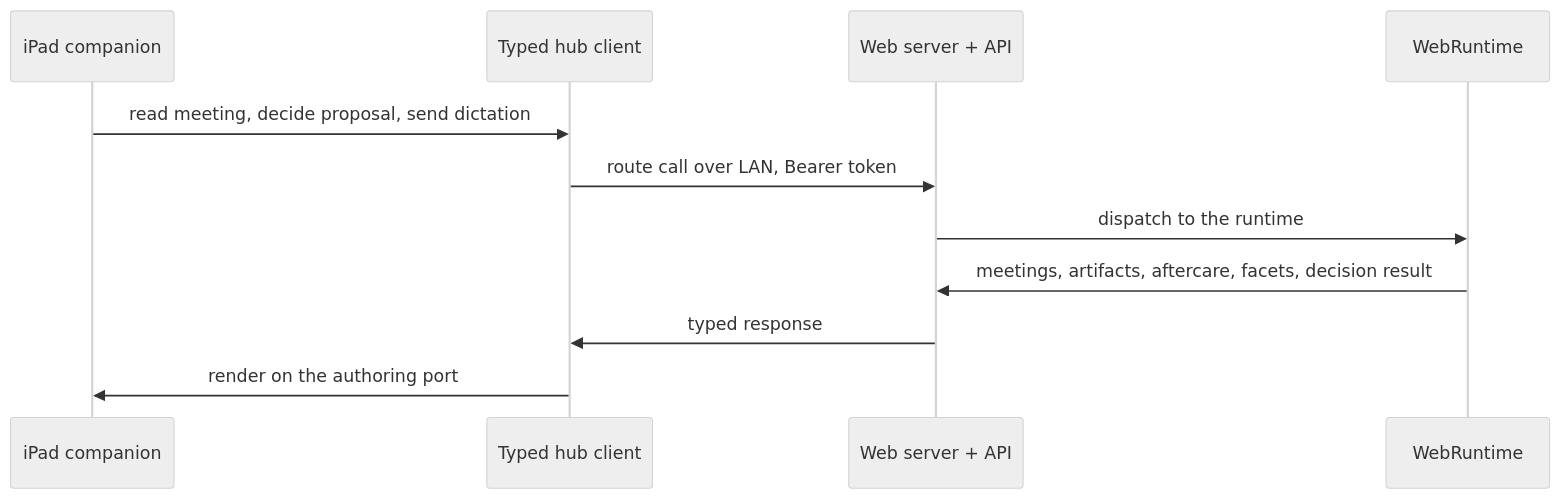
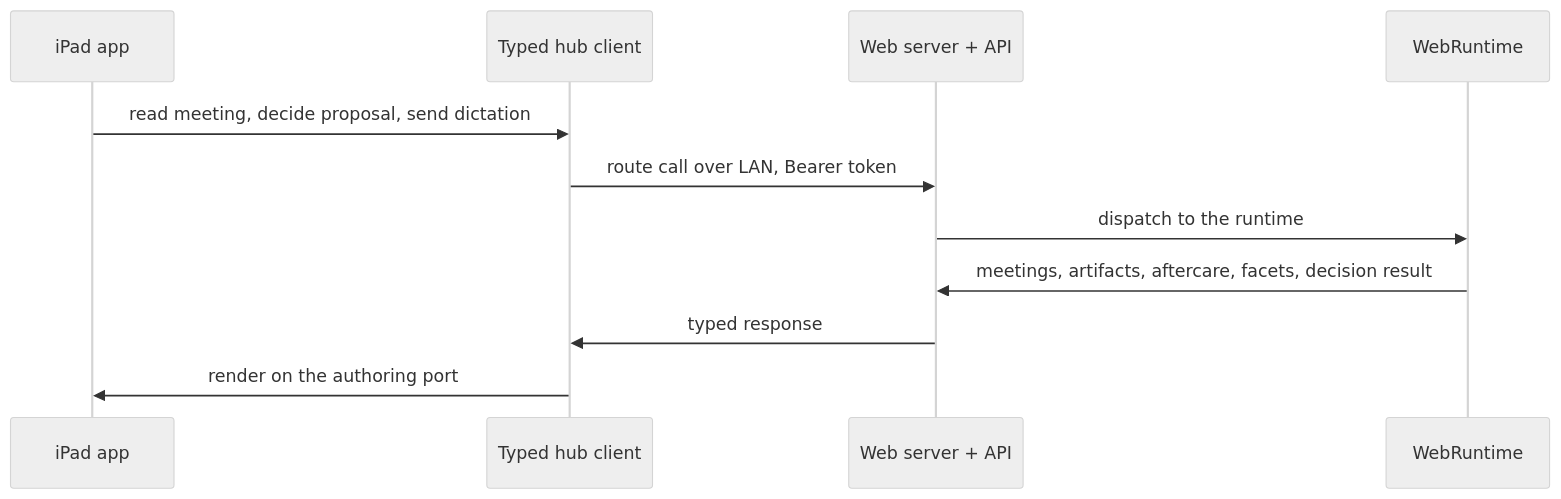
Before and after one commit to karolswdev/HoldSpeak: the fifth of 7 diagrams in docs/ARCHITECTURE.md, drawn with Mermaid (neutral theme). The commit also changed other lines of this file and 7 other files, not shown here.

````diff
--- a/docs/ARCHITECTURE.md
+++ b/docs/ARCHITECTURE.md
@@ -191,13 +193,13 @@
 ```mermaid
 sequenceDiagram
-  participant IP as iPad companion
+  participant IP as iPad app
   participant HC as Typed hub client
   participant SRV as Web server + API
   participant RT as WebRuntime
   IP->>HC: read meeting, decide proposal, send dictation
   HC->>SRV: route call over LAN, Bearer token
   SRV->>RT: dispatch to the runtime
   RT->>SRV: meetings, artifacts, aftercare, facets, decision result
   SRV->>HC: typed response
   HC->>IP: render on the authoring port
 ```
````
